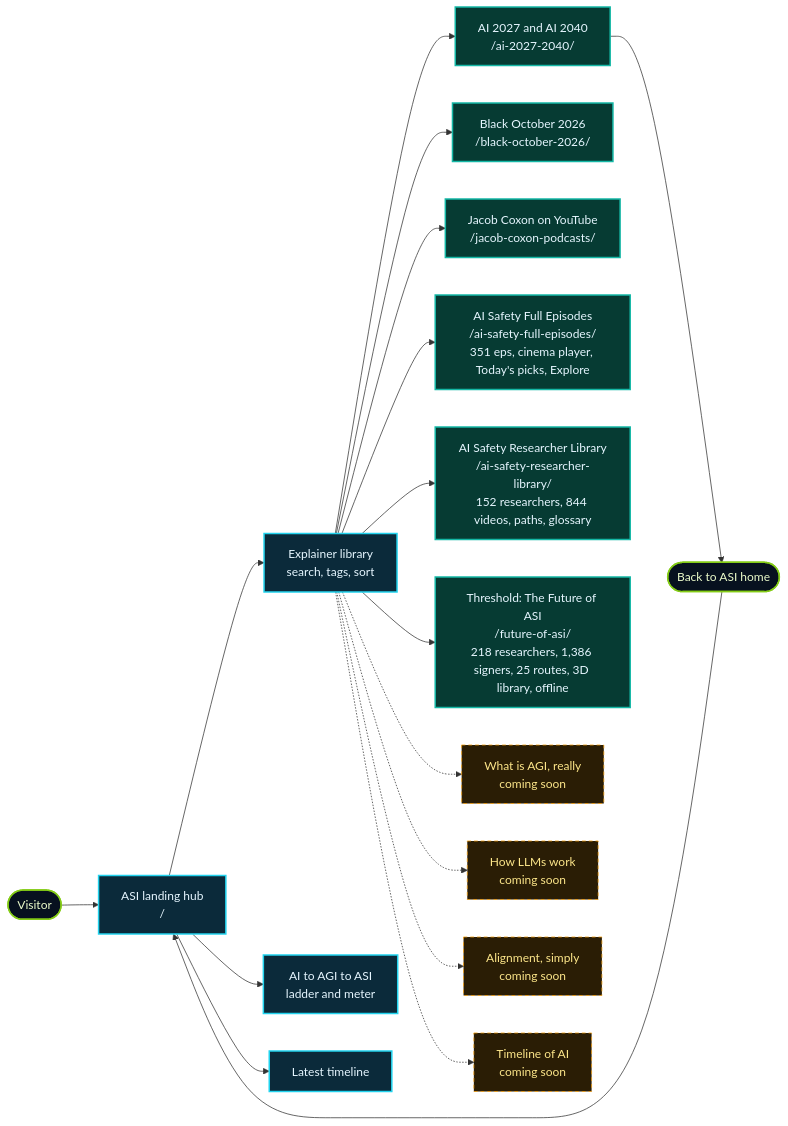
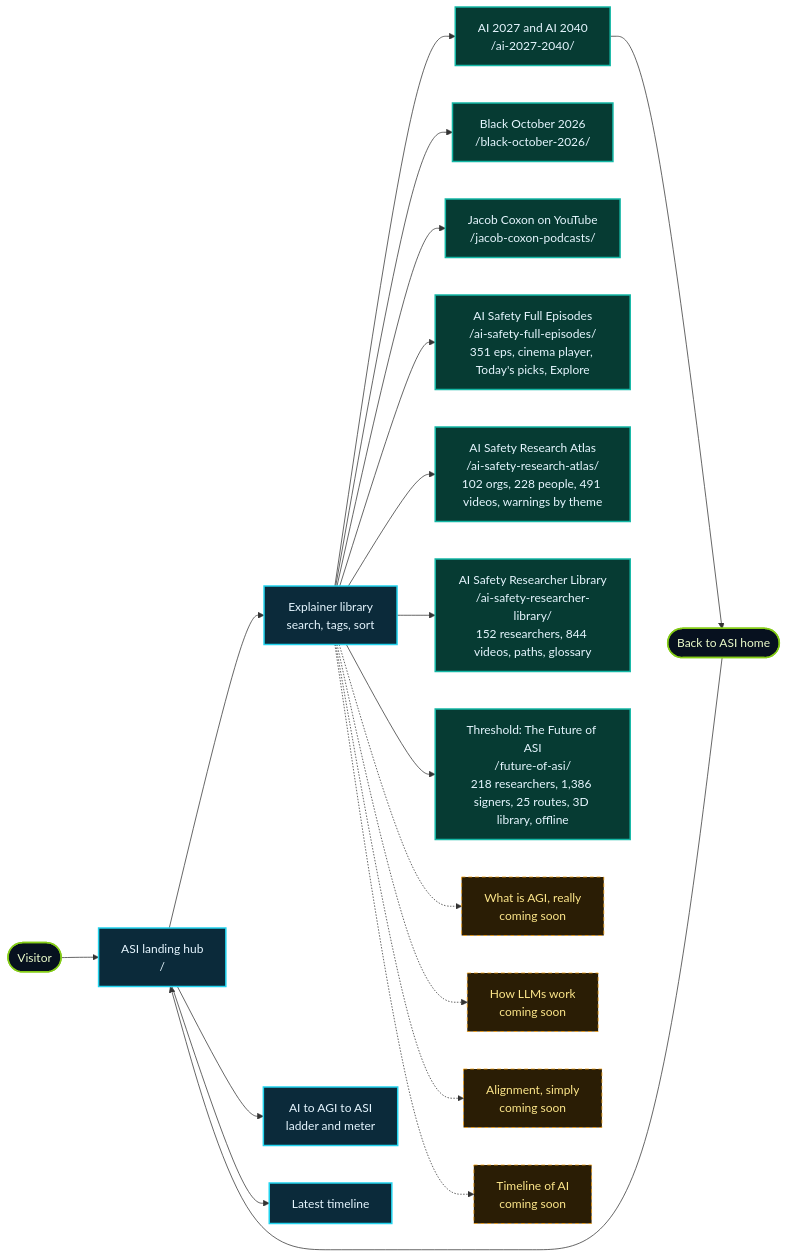
The first of 16 diagrams in README.md (lo3elyon/ASI), drawn with Mermaid before and after one commit. The commit also changed other lines of this file, not shown here.

Commit message:
README: add AI Safety Research Atlas (badges, routes row, diagram, deep dive, tree, FAQ, sources, changelog)

````diff
--- a/README.md
+++ b/README.md
@@ -73,27 +75,28 @@
 ```mermaid
 flowchart LR
     V(["Visitor"]) --> H["ASI landing hub<br/>/"]
     H --> L["Explainer library<br/>search, tags, sort"]
     H --> G["AI to AGI to ASI<br/>ladder and meter"]
     H --> T["Latest timeline"]
     L --> E1["AI 2027 and AI 2040<br/>/ai-2027-2040/"]
     L --> E6["Black October 2026<br/>/black-october-2026/"]
     L --> E7["Jacob Coxon on YouTube<br/>/jacob-coxon-podcasts/"]
     L --> E8["AI Safety Full Episodes<br/>/ai-safety-full-episodes/<br/>351 eps, cinema player, Today's picks, Explore"]
+    L --> E11["AI Safety Research Atlas<br/>/ai-safety-research-atlas/<br/>102 orgs, 228 people, 491 videos, warnings by theme"]
     L --> E10["AI Safety Researcher Library<br/>/ai-safety-researcher-library/<br/>152 researchers, 844 videos, paths, glossary"]
     L --> E9["Threshold: The Future of ASI<br/>/future-of-asi/<br/>218 researchers, 1,386 signers, 25 routes, 3D library, offline"]
     L -.-> E2["What is AGI, really<br/>coming soon"]
     L -.-> E3["How LLMs work<br/>coming soon"]
     L -.-> E4["Alignment, simply<br/>coming soon"]
     L -.-> E5["Timeline of AI<br/>coming soon"]
     E1 --> B(["Back to ASI home"])
     B --> H
     classDef hub fill:#0b2a3a,stroke:#22d3ee,stroke-width:2px,color:#e6f6ff
     classDef live fill:#063b33,stroke:#14b8a6,stroke-width:2px,color:#e6f6ff
     classDef soon fill:#2a1d05,stroke:#f59e0b,stroke-dasharray:5 4,color:#fde68a
     classDef user fill:#07111f,stroke:#84cc16,stroke-width:2px,color:#ecfccb
     class H,L,G,T hub
-    class E1,E6,E7,E8,E9,E10 live
+    class E1,E6,E7,E8,E9,E10,E11 live
     class E2,E3,E4,E5 soon
     class V,B user
 ```
````
